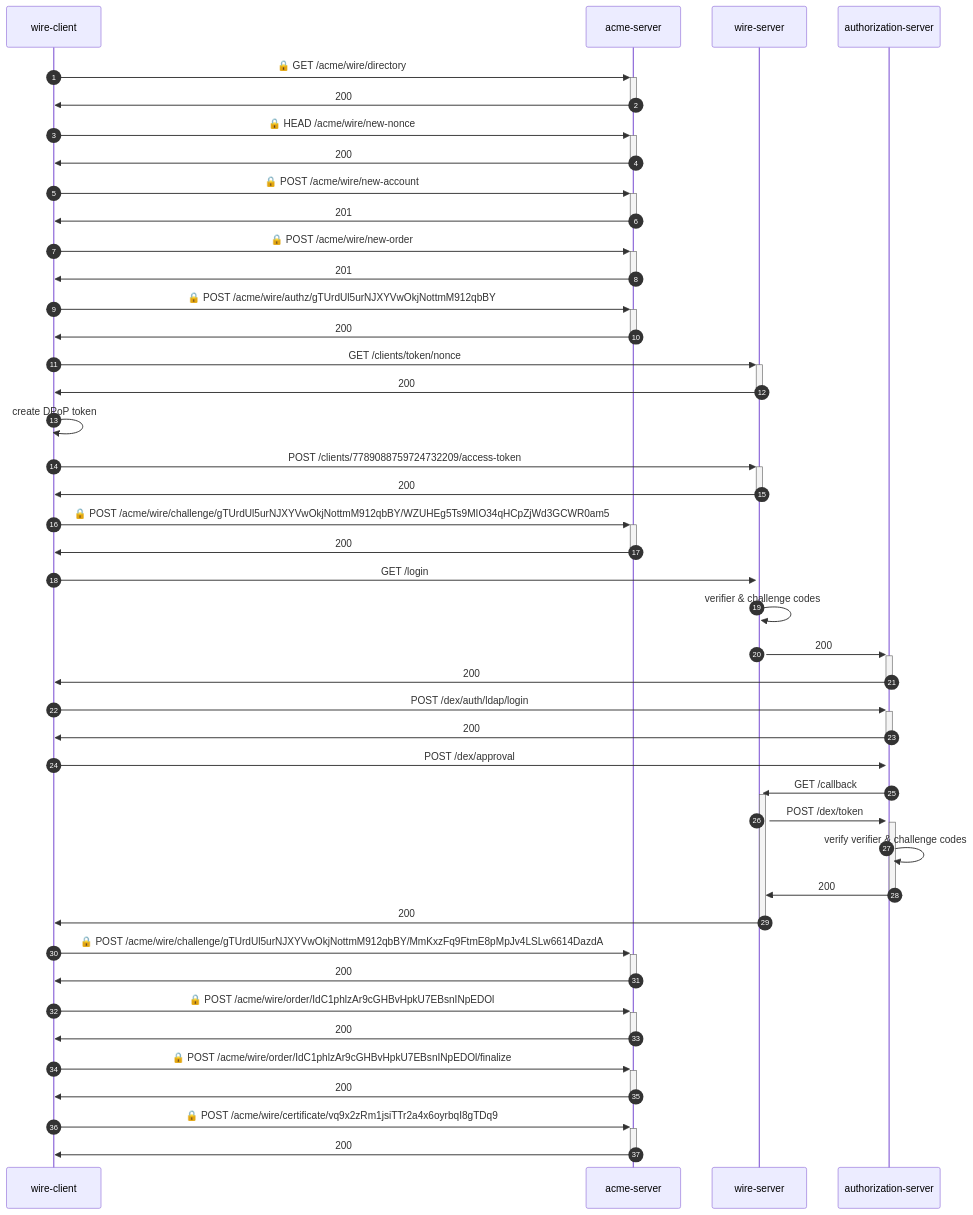
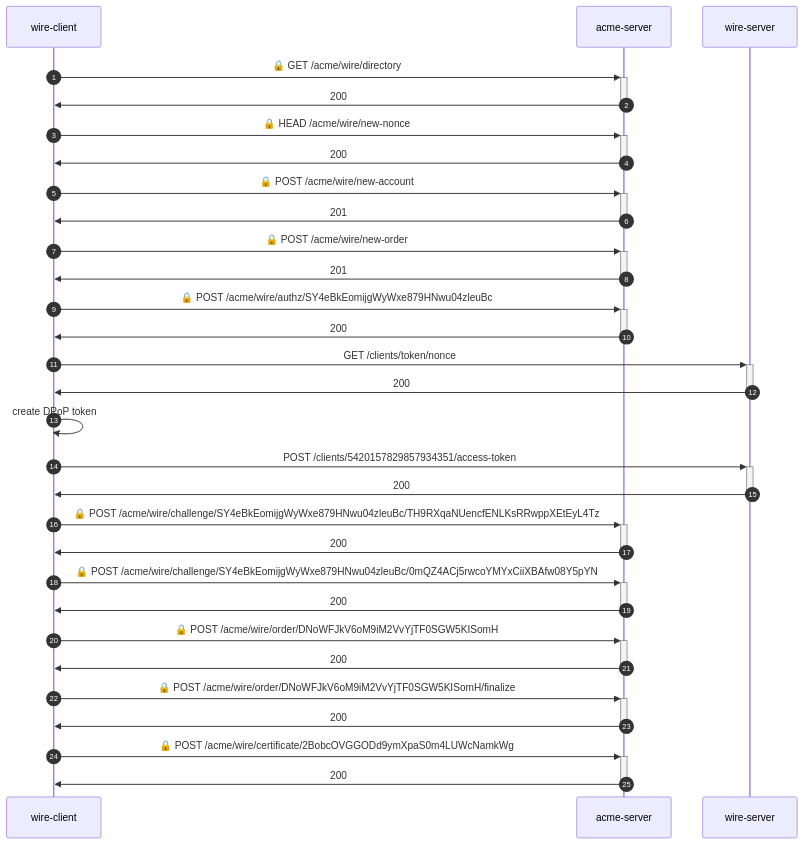
Before and after one commit to wireapp/rusty-jwt-tools: the diagram in e2e-identity/README.md, drawn with Mermaid. The commit also changed other lines of this file and 6 other files, not shown here.

Commit message:
chore: clean the OAuth2 flow by removing wire-server as the middle-man

````diff
--- a/e2e-identity/README.md
+++ b/e2e-identity/README.md
@@ -3,41 +3,29 @@
 ```mermaid
 sequenceDiagram
     autonumber
     wire-client->>+acme-server: 🔒 GET /acme/wire/directory
     acme-server->>-wire-client: 200
     wire-client->>+acme-server: 🔒 HEAD /acme/wire/new-nonce
     acme-server->>-wire-client: 200
     wire-client->>+acme-server: 🔒 POST /acme/wire/new-account
     acme-server->>-wire-client: 201
     wire-client->>+acme-server: 🔒 POST /acme/wire/new-order
     acme-server->>-wire-client: 201
-    wire-client->>+acme-server: 🔒 POST /acme/wire/authz/gTUrdUl5urNJXYVwOkjNottmM912qbBY
+    wire-client->>+acme-server: 🔒 POST /acme/wire/authz/SY4eBkEomijgWyWxe879HNwu04zleuBc
     acme-server->>-wire-client: 200
     wire-client->>+wire-server:  GET /clients/token/nonce
     wire-server->>-wire-client: 200
     wire-client->>wire-client: create DPoP token
-    wire-client->>+wire-server:  POST /clients/7789088759724732209/access-token
+    wire-client->>+wire-server:  POST /clients/5420157829857934351/access-token
     wire-server->>-wire-client: 200
-    wire-client->>+acme-server: 🔒 POST /acme/wire/challenge/gTUrdUl5urNJXYVwOkjNottmM912qbBY/WZUHEg5Ts9MIO34qHCpZjWd3GCWR0am5
+    wire-client->>+acme-server: 🔒 POST /acme/wire/challenge/SY4eBkEomijgWyWxe879HNwu04zleuBc/TH9RXqaNUencfENLKsRRwppXEtEyL4Tz
     acme-server->>-wire-client: 200
-    wire-client->>+wire-server:  GET /login
-    wire-server->>wire-server: verifier & challenge codes
-    wire-server->>+authorization-server:  200
-    authorization-server->>-wire-client: 200
-    wire-client->>+authorization-server:  POST /dex/auth/ldap/login
-    authorization-server->>-wire-client: 200
-    wire-client->>+authorization-server:  POST /dex/approval
-    authorization-server->>+wire-server:  GET /callback
-    wire-server->>+authorization-server:  POST /dex/token
-    authorization-server->>authorization-server: verify verifier & challenge codes
-    authorization-server->>-wire-server: 200
-    wire-server->>-wire-client: 200
-    wire-client->>+acme-server: 🔒 POST /acme/wire/challenge/gTUrdUl5urNJXYVwOkjNottmM912qbBY/MmKxzFq9FtmE8pMpJv4LSLw6614DazdA
+    wire-client->>+acme-server: 🔒 POST /acme/wire/challenge/SY4eBkEomijgWyWxe879HNwu04zleuBc/0mQZ4ACj5rwcoYMYxCiiXBAfw08Y5pYN
     acme-server->>-wire-client: 200
-    wire-client->>+acme-server: 🔒 POST /acme/wire/order/IdC1phlzAr9cGHBvHpkU7EBsnINpEDOl
+    wire-client->>+acme-server: 🔒 POST /acme/wire/order/DNoWFJkV6oM9iM2VvYjTF0SGW5KISomH
     acme-server->>-wire-client: 200
-    wire-client->>+acme-server: 🔒 POST /acme/wire/order/IdC1phlzAr9cGHBvHpkU7EBsnINpEDOl/finalize
+    wire-client->>+acme-server: 🔒 POST /acme/wire/order/DNoWFJkV6oM9iM2VvYjTF0SGW5KISomH/finalize
     acme-server->>-wire-client: 200
-    wire-client->>+acme-server: 🔒 POST /acme/wire/certificate/vq9x2zRm1jsiTTr2a4x6oyrbqI8gTDq9
+    wire-client->>+acme-server: 🔒 POST /acme/wire/certificate/2BobcOVGGODd9ymXpaS0m4LUWcNamkWg
     acme-server->>-wire-client: 200
 ```
````
